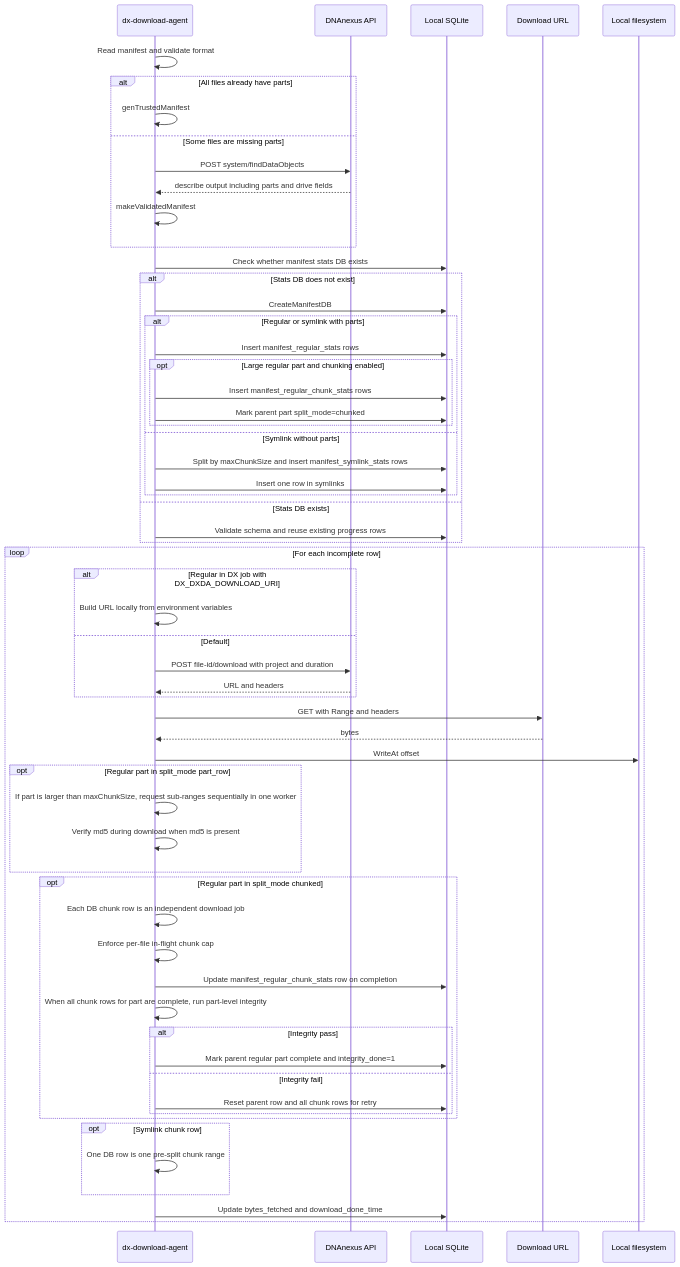
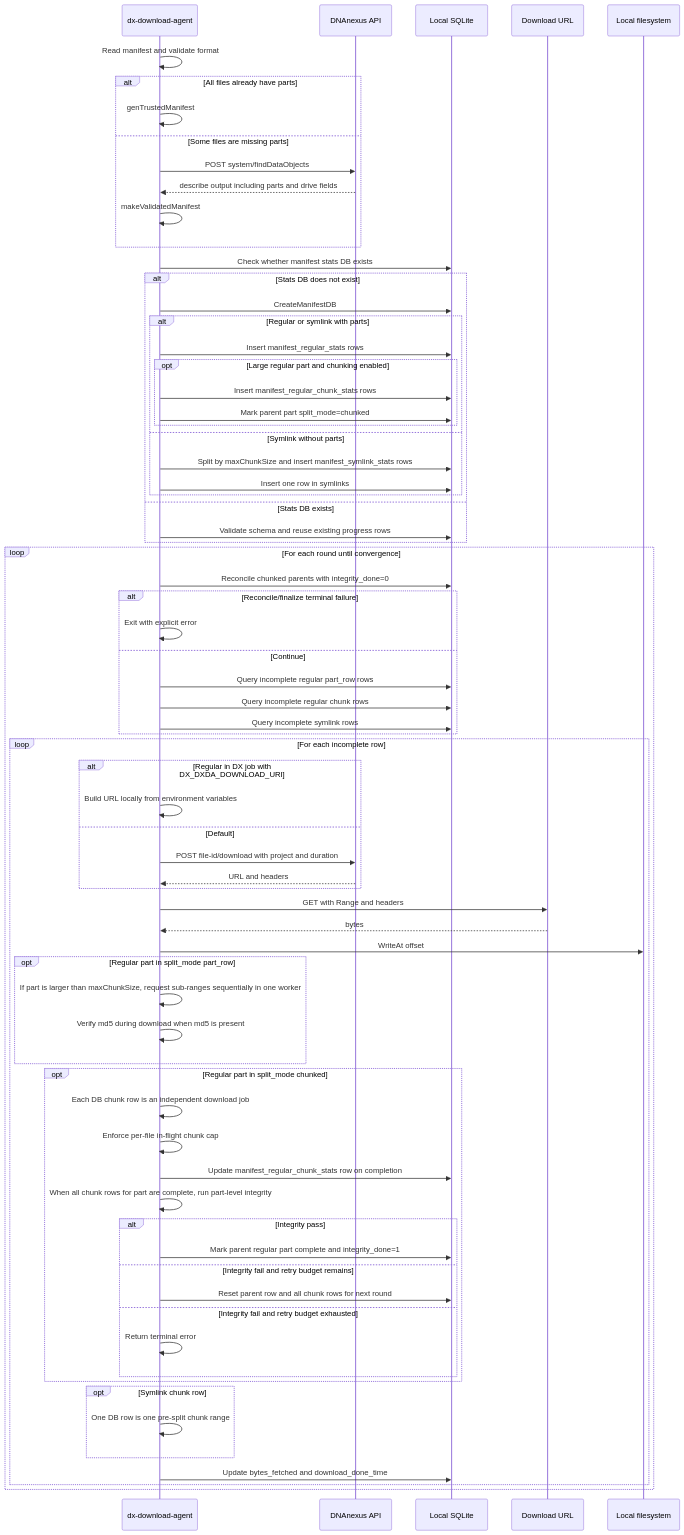
The fourth of 4 diagrams in doc/DXDA_DOWNLOAD_FLOW.md (dnanexus/dxda), drawn with Mermaid before and after one commit. The commit also changed other lines of this file and 2 other files, not shown here.

Commit message:
add recovery round based

````diff
--- a/doc/DXDA_DOWNLOAD_FLOW.md
+++ b/doc/DXDA_DOWNLOAD_FLOW.md
@@ -279,66 +296,79 @@
 ```mermaid
 sequenceDiagram
     participant CLI as dx-download-agent
     participant API as DNAnexus API
     participant DB as Local SQLite
     participant DL as Download URL
     participant FS as Local filesystem
 
     CLI->>CLI: Read manifest and validate format
     alt All files already have parts
         CLI->>CLI: genTrustedManifest
     else Some files are missing parts
         CLI->>API: POST system/findDataObjects
         API-->>CLI: describe output including parts and drive fields
         CLI->>CLI: makeValidatedManifest
     end
 
     CLI->>DB: Check whether manifest stats DB exists
     alt Stats DB does not exist
         CLI->>DB: CreateManifestDB
         alt Regular or symlink with parts
             CLI->>DB: Insert manifest_regular_stats rows
             opt Large regular part and chunking enabled
                 CLI->>DB: Insert manifest_regular_chunk_stats rows
                 CLI->>DB: Mark parent part split_mode=chunked
             end
         else Symlink without parts
             CLI->>DB: Split by maxChunkSize and insert manifest_symlink_stats rows
             CLI->>DB: Insert one row in symlinks
         end
     else Stats DB exists
         CLI->>DB: Validate schema and reuse existing progress rows
     end
 
+    loop For each round until convergence
+        CLI->>DB: Reconcile chunked parents with integrity_done=0
+        alt Reconcile/finalize terminal failure
+            CLI->>CLI: Exit with explicit error
+        else Continue
+            CLI->>DB: Query incomplete regular part_row rows
+            CLI->>DB: Query incomplete regular chunk rows
+            CLI->>DB: Query incomplete symlink rows
+        end
+
     loop For each incomplete row
         alt Regular in DX job with DX_DXDA_DOWNLOAD_URI
             CLI->>CLI: Build URL locally from environment variables
         else Default
             CLI->>API: POST file-id/download with project and duration
             API-->>CLI: URL and headers
         end
 
         CLI->>DL: GET with Range and headers
         DL-->>CLI: bytes
         CLI->>FS: WriteAt offset
         opt Regular part in split_mode part_row
             CLI->>CLI: If part is larger than maxChunkSize, request sub-ranges sequentially in one worker
             CLI->>CLI: Verify md5 during download when md5 is present
         end
         opt Regular part in split_mode chunked
             CLI->>CLI: Each DB chunk row is an independent download job
             CLI->>CLI: Enforce per-file in-flight chunk cap
             CLI->>DB: Update manifest_regular_chunk_stats row on completion
             CLI->>CLI: When all chunk rows for part are complete, run part-level integrity
             alt Integrity pass
                 CLI->>DB: Mark parent regular part complete and integrity_done=1
-            else Integrity fail
-                CLI->>DB: Reset parent row and all chunk rows for retry
+            else Integrity fail and retry budget remains
+                CLI->>DB: Reset parent row and all chunk rows for next round
+            else Integrity fail and retry budget exhausted
+                CLI->>CLI: Return terminal error
             end
         end
         opt Symlink chunk row
             CLI->>CLI: One DB row is one pre-split chunk range
         end
         CLI->>DB: Update bytes_fetched and download_done_time
     end
+    end
 ```
````
